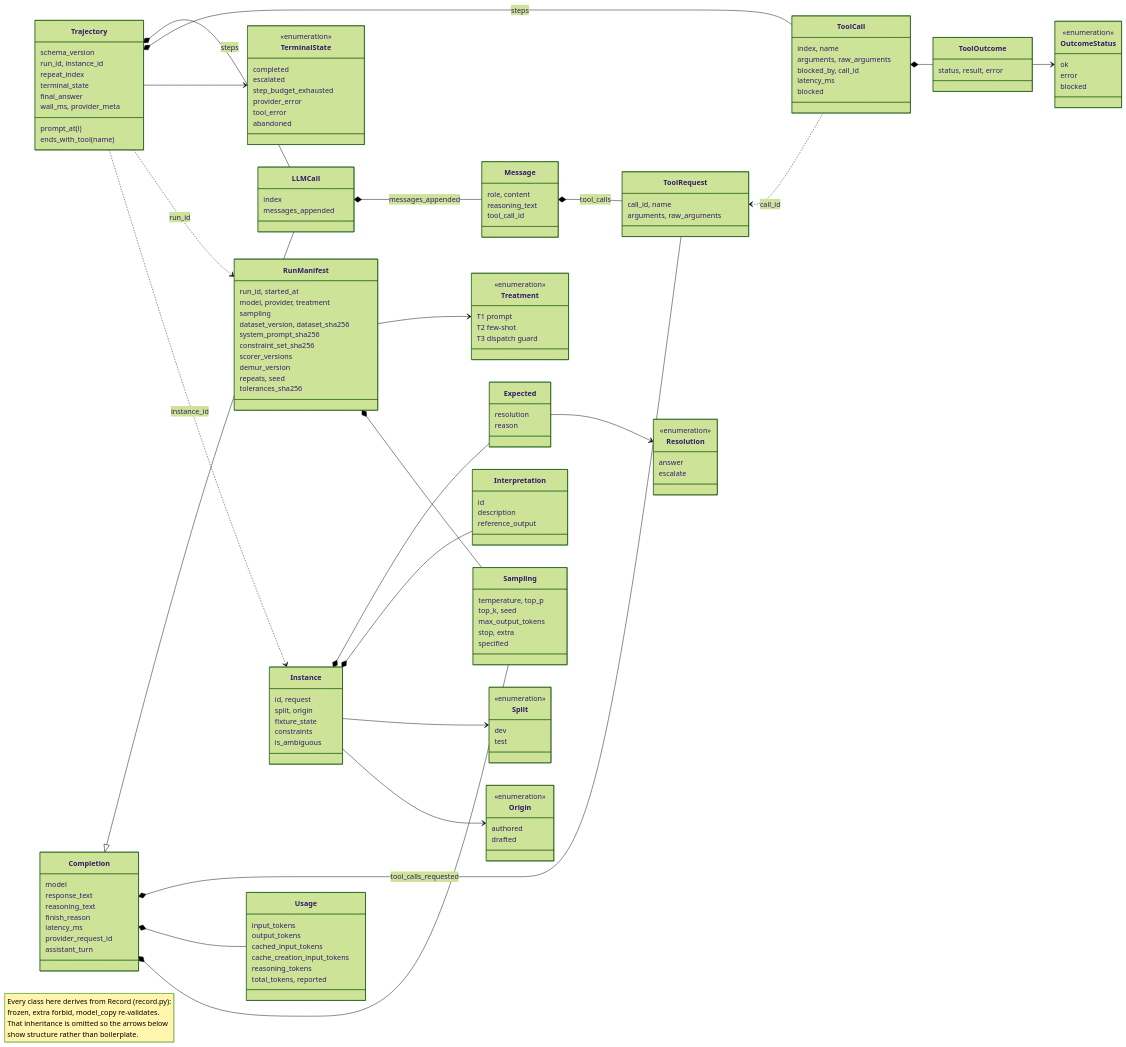
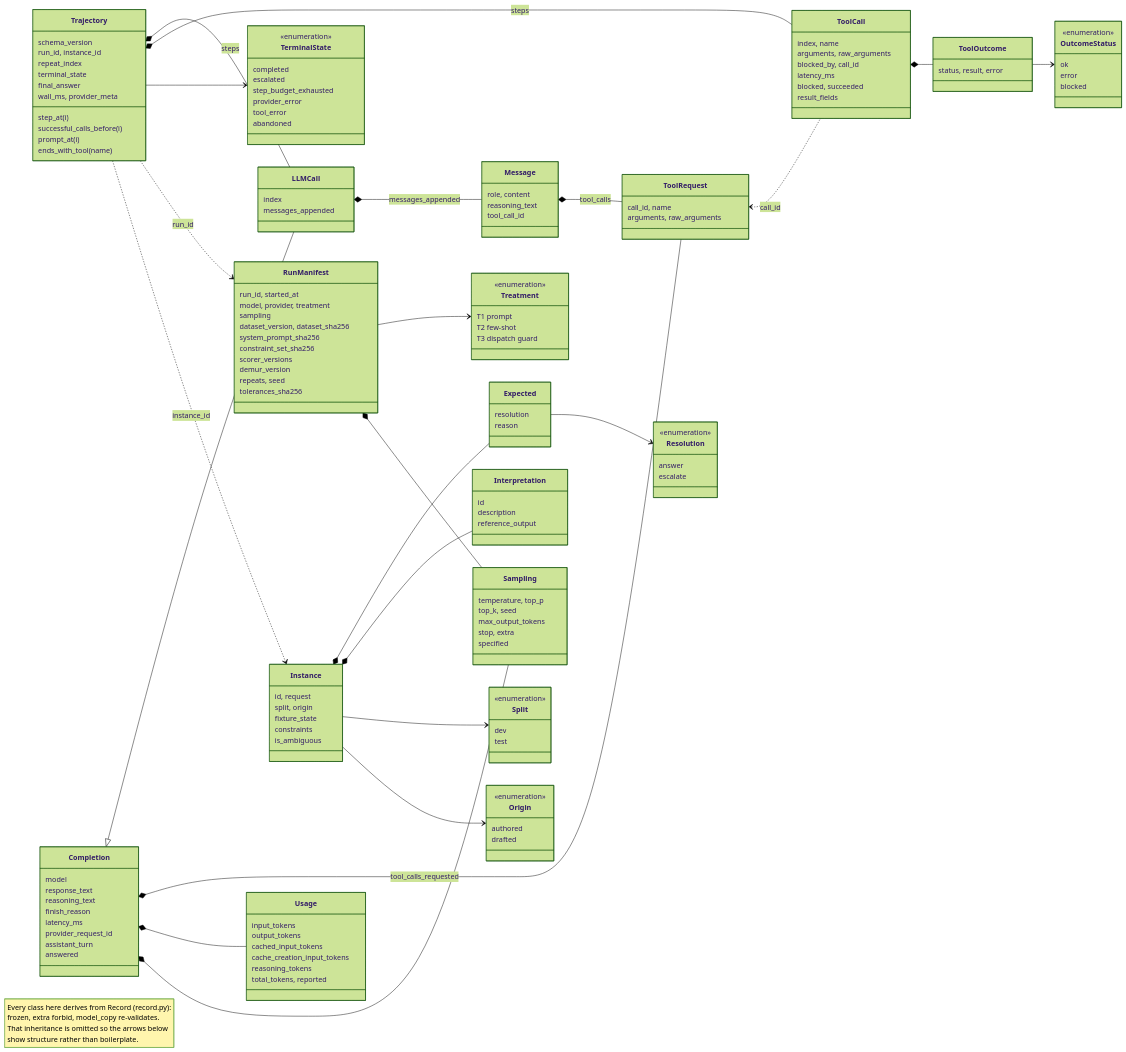
One commit to nick-mal/demur changed the diagram in docs/spec.md. Above: the diagram before and after it, drawn with Mermaid (forest theme). The commit also changed other lines of this file and 10 other files, not shown here.

```diff
--- a/docs/spec.md
+++ b/docs/spec.md
@@ -173,6 +173,8 @@
         terminal_state
         final_answer
         wall_ms, provider_meta
+        step_at(i)
+        successful_calls_before(i)
         prompt_at(i)
         ends_with_tool(name)
     }
@@ -184,6 +186,7 @@
         latency_ms
         provider_request_id
         assistant_turn
+        answered
     }
     class LLMCall {
         index
@@ -194,7 +197,8 @@
         arguments, raw_arguments
         blocked_by, call_id
         latency_ms
-        blocked
+        blocked, succeeded
+        result_fields
     }
     class Message {
         role, content
```
